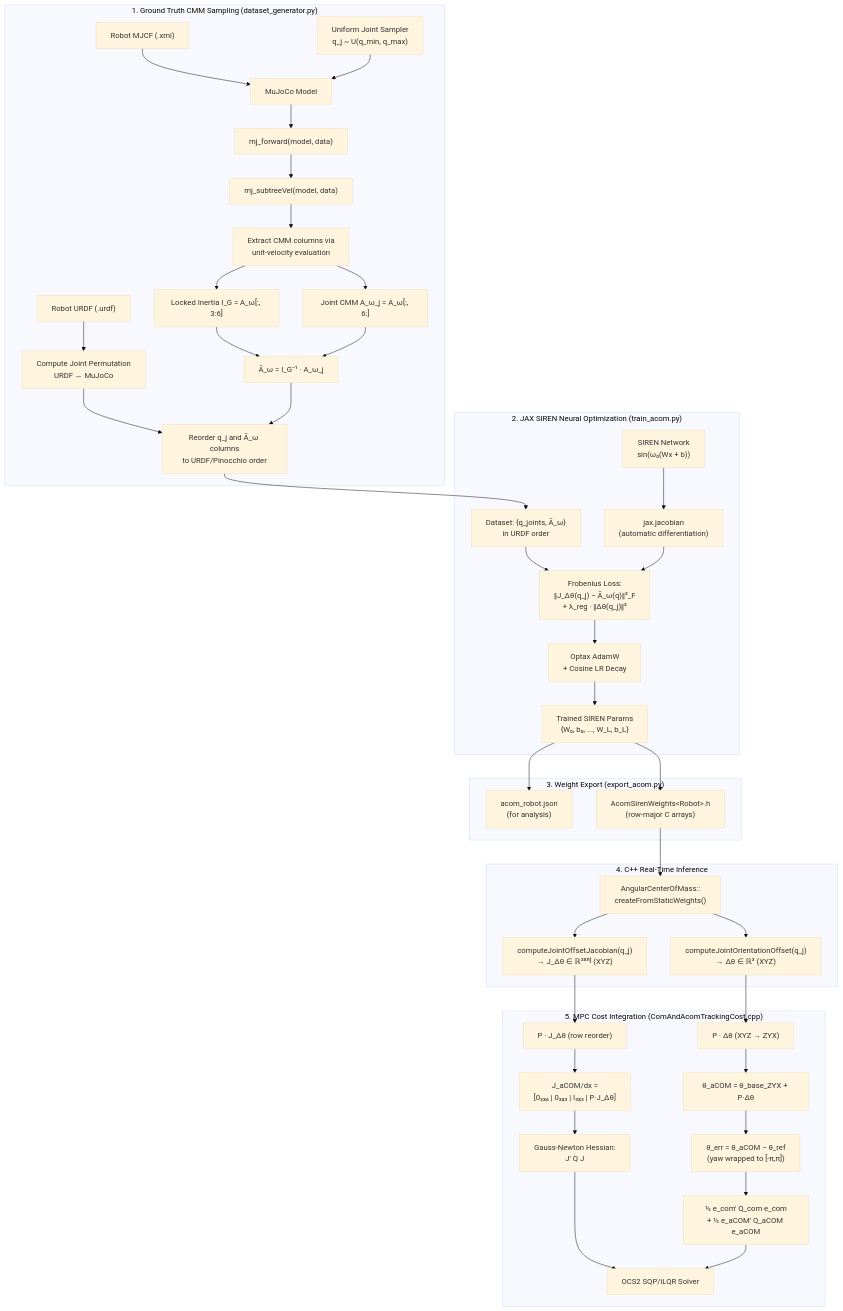
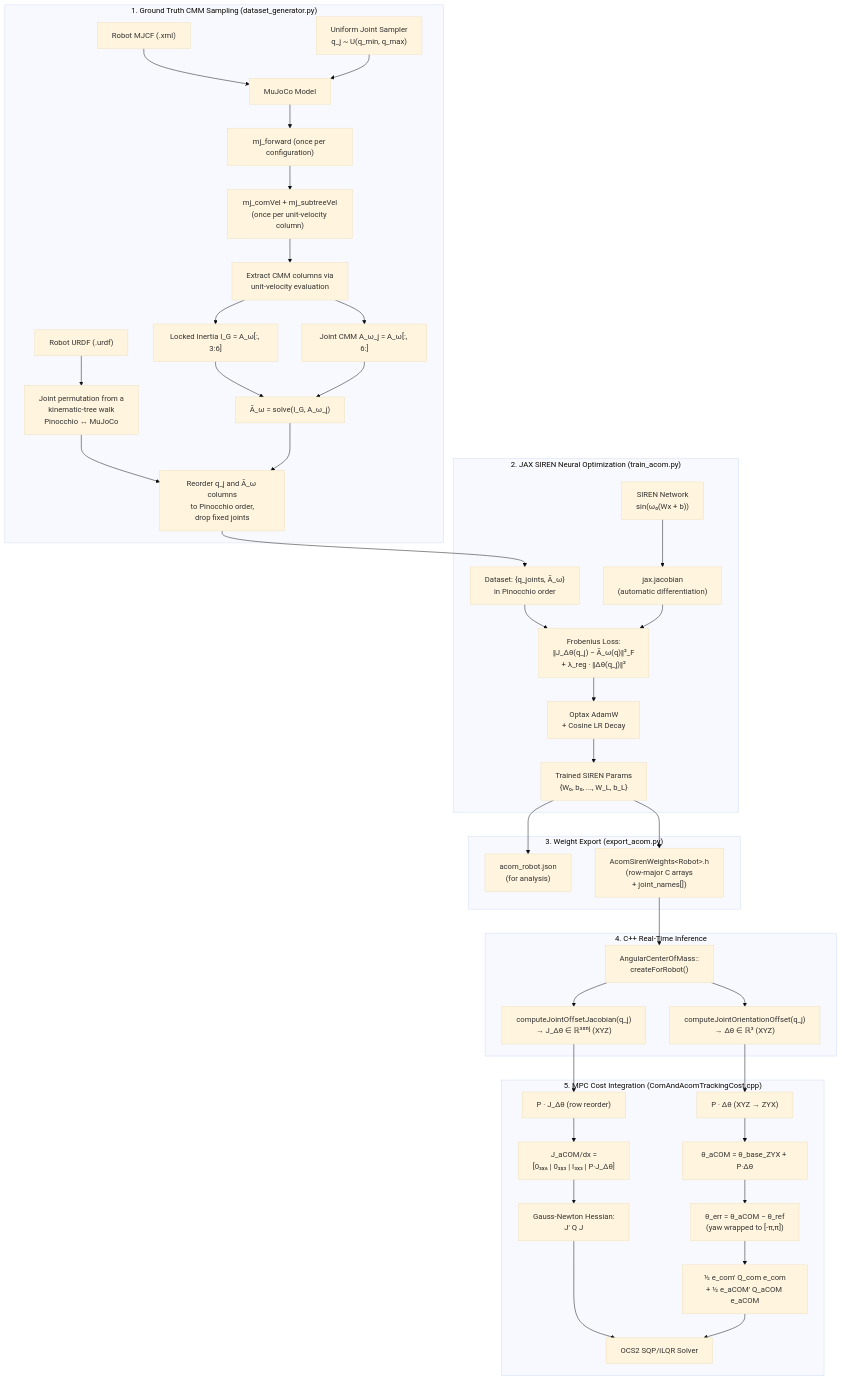
The first of 2 diagrams in humanoid_learning/acom/README.md (nicholaspalomo/wb_humanoid_mpc), drawn with Mermaid (base theme) before and after one commit. The commit also changed other lines of this file and 29 other files, not shown here.

````diff
--- a/humanoid_learning/acom/README.md
+++ b/humanoid_learning/acom/README.md
@@ -78,49 +78,49 @@
 ```mermaid
 flowchart TD
     subgraph DataGeneration ["1. Ground Truth CMM Sampling (dataset_generator.py)"]
         XML["Robot MJCF (.xml)"] --> MjModel["MuJoCo Model"]
-        URDF["Robot URDF (.urdf)"] --> Perm["Compute Joint Permutation<br/>URDF ↔ MuJoCo"]
+        URDF["Robot URDF (.urdf)"] --> Perm["Joint permutation from a<br/>kinematic-tree walk<br/>Pinocchio ↔ MuJoCo"]
         Sampler["Uniform Joint Sampler<br/>q_j ~ U(q_min, q_max)"] --> MjModel
-        MjModel --> MjFwd["mj_forward(model, data)"]
-        MjFwd --> MjVel["mj_subtreeVel(model, data)"]
+        MjModel --> MjFwd["mj_forward (once per configuration)"]
+        MjFwd --> MjVel["mj_comVel + mj_subtreeVel<br/>(once per unit-velocity column)"]
         MjVel --> CMM["Extract CMM columns via<br/>unit-velocity evaluation"]
         CMM --> IG["Locked Inertia I_G = A_ω[:, 3:6]"]
         CMM --> Aomega["Joint CMM A_ω_j = A_ω[:, 6:]"]
-        IG --> ABar["Ā_ω = I_G⁻¹ · A_ω_j"]
+        IG --> ABar["Ā_ω = solve(I_G, A_ω_j)"]
         Aomega --> ABar
-        Perm --> Reorder["Reorder q_j and Ā_ω columns<br/>to URDF/Pinocchio order"]
+        Perm --> Reorder["Reorder q_j and Ā_ω columns<br/>to Pinocchio order,<br/>drop fixed joints"]
         ABar --> Reorder
     end
 
     subgraph JAXTraining ["2. JAX SIREN Neural Optimization (train_acom.py)"]
-        Reorder --> Dataset["Dataset: {q_joints, Ā_ω}<br/>in URDF order"]
+        Reorder --> Dataset["Dataset: {q_joints, Ā_ω}<br/>in Pinocchio order"]
         Dataset --> Loss["Frobenius Loss:<br/>‖J_Δθ(q_j) − Ā_ω(q)‖²_F<br/>+ λ_reg · ‖Δθ(q_j)‖²"]
         SIREN["SIREN Network<br/>sin(ω₀(Wx + b))"] --> JacAD["jax.jacobian<br/>(automatic differentiation)"]
         JacAD --> Loss
         Loss --> Optax["Optax AdamW<br/>+ Cosine LR Decay"]
         Optax --> Params["Trained SIREN Params<br/>{W₀, b₀, ..., W_L, b_L}"]
     end
 
     subgraph Export ["3. Weight Export (export_acom.py)"]
         Params --> JSON["acom_robot.json<br/>(for analysis)"]
-        Params --> Header["AcomSirenWeights&lt;Robot&gt;.h<br/>(row-major C arrays)"]
+        Params --> Header["AcomSirenWeights&lt;Robot&gt;.h<br/>(row-major C arrays<br/>+ joint_names[])"]
     end
 
     subgraph CppInference ["4. C++ Real-Time Inference"]
-        Header --> StaticLoad["AngularCenterOfMass::<br/>createFromStaticWeights()"]
+        Header --> StaticLoad["AngularCenterOfMass::<br/>createForRobot()"]
         StaticLoad --> Forward["computeJointOrientationOffset(q_j)<br/>→ Δθ ∈ ℝ³ (XYZ)"]
         StaticLoad --> ChainRule["computeJointOffsetJacobian(q_j)<br/>→ J_Δθ ∈ ℝ³ˣⁿʲ (XYZ)"]
     end
 
     subgraph MPCIntegration ["5. MPC Cost Integration (ComAndAcomTrackingCost.cpp)"]
         Forward --> XYZtoZYX["P · Δθ (XYZ → ZYX)"]
         ChainRule --> JacReorder["P · J_Δθ (row reorder)"]
         XYZtoZYX --> ThetaACOM["θ_aCOM = θ_base_ZYX + P·Δθ"]
         ThetaACOM --> ThetaErr["θ_err = θ_aCOM − θ_ref<br/>(yaw wrapped to [-π,π])"]
         JacReorder --> JacFull["J_aCOM/dx =<br/>[0₃ₓ₆ | 0₃ₓ₃ | I₃ₓ₃ | P·J_Δθ]"]
         ThetaErr --> Cost["½ e_com' Q_com e_com<br/>+ ½ e_aCOM' Q_aCOM e_aCOM"]
         JacFull --> GaussNewton["Gauss-Newton Hessian:<br/>J' Q J"]
         GaussNewton --> SQP["OCS2 SQP/iLQR Solver"]
         Cost --> SQP
     end
 ```
````
